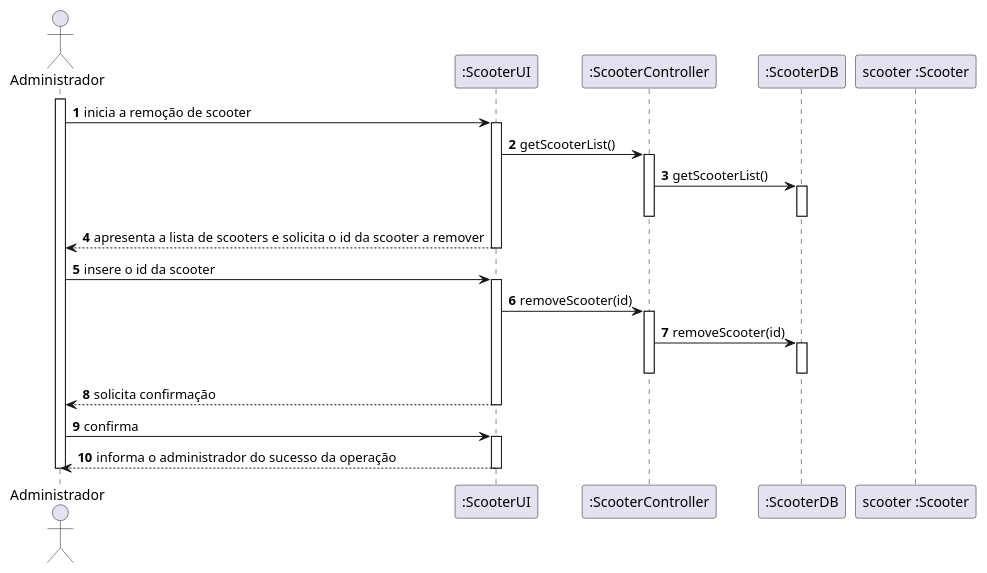
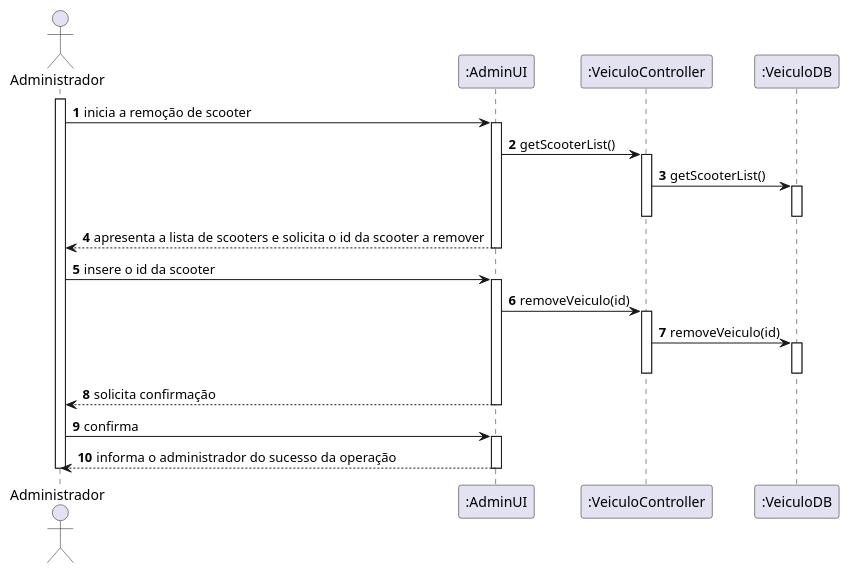
The diagram in docs/UC12/UC12_RemoverScooter_SD.puml (pedrolemos4/LAPR3), drawn with PlantUML before and after one commit. The commit also changed 5 other files, not shown here.

```diff
--- a/docs/UC12/UC12_RemoverScooter_SD.puml
+++ b/docs/UC12/UC12_RemoverScooter_SD.puml
@@ -1,43 +1,42 @@
 @startuml
 autonumber
 
 actor "Administrador" as ADMIN
 
-participant ":ScooterUI" as UI
-participant ":ScooterController" as CTRL
-participant ":ScooterDB" as SCHL
-participant "scooter :Scooter" as SCOOT
+participant ":AdminUI" as UI
+participant ":VeiculoController" as CTRL
+participant ":VeiculoDB" as SCHL
 
 
 activate ADMIN
 ADMIN -> UI : inicia a remoção de scooter
 activate UI
 UI -> CTRL : getScooterList()
 activate CTRL
 
 CTRL -> SCHL : getScooterList()
 activate SCHL
 deactivate SCHL
 deactivate CTRL
   
 UI --> ADMIN : apresenta a lista de scooters e solicita o id da scooter a remover
 deactivate UI
 
 ADMIN -> UI : insere o id da scooter
 activate UI 
-UI -> CTRL : removeScooter(id)
+UI -> CTRL : removeVeiculo(id)
 activate CTRL
-CTRL -> SCHL : removeScooter(id)
+CTRL -> SCHL : removeVeiculo(id)
 activate SCHL
 deactivate SCHL
 deactivate CTRL
 UI --> ADMIN : solicita confirmação
 deactivate UI
 
 ADMIN -> UI : confirma
 activate UI
 UI --> ADMIN : informa o administrador do sucesso da operação
 deactivate UI
 deactivate ADMIN
 
 @enduml
```
